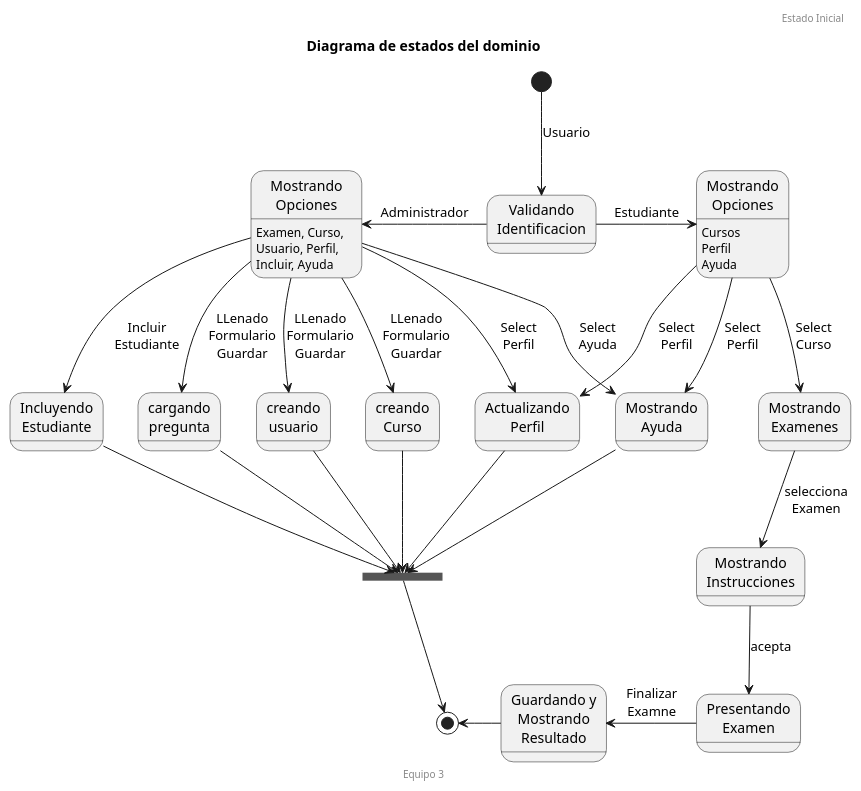
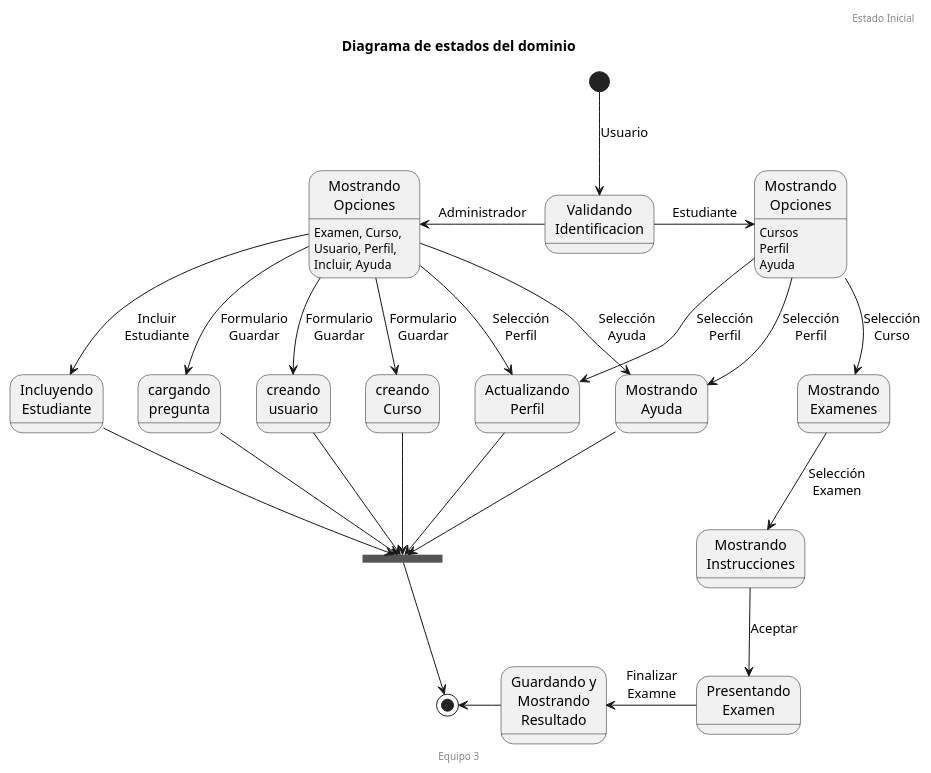
Before and after one commit to febres35/EdTech_IS: the diagram in docs/scenariosView/diagramaEstados.plantuml, drawn with PlantUML.

Commit message:
cambios en los nombre de las transacciones de estado

```diff
--- a/docs/scenariosView/diagramaEstados.plantuml
+++ b/docs/scenariosView/diagramaEstados.plantuml
@@ -1,53 +1,53 @@
 @startuml Diagrama de Estado
 
 
 header Estado Inicial
 footer Equipo 3
 title "Diagrama de estados del dominio"
 
 
 
 
 state "Validando\nIdentificacion" as vi
 state "Mostrando\nOpciones" as ad
 state  "creando\nCurso" as gc
 state  "cargando\npregunta" as cp
 state  "creando\nusuario" as cu
 
 state "Mostrando\nOpciones" as es
 state "Mostrando\nExamenes" as me
 state "Mostrando\nInstrucciones" as mi
 state "Presentando\nExamen" as ee
 state "Guardando y\nMostrando\nResultado" as gr
 state "Actualizando\nPerfil" as ap
 state "Mostrando\nAyuda" as ma
 state "Incluyendo\nEstudiante" as ie
 state finAd <<join>>
 ad : Examen, Curso, \nUsuario, Perfil, \nIncluir, Ayuda
 [*] --> vi: Usuario
 vi -left-> ad: Administrador
 ad --> ie: Incluir\nEstudiante
-ad --> gc: LLenado\nFormulario\nGuardar
-ad --> cp: LLenado\nFormulario\nGuardar
-ad --> cu: LLenado\nFormulario\nGuardar
-ad --> ap: Select\nPerfil
-ad --> ma: Select\nAyuda
+ad --> gc: Formulario\nGuardar
+ad --> cp: Formulario\nGuardar
+ad --> cu: Formulario\nGuardar
+ad --> ap: Selección\nPerfil
+ad --> ma: Selección\nAyuda
 ie --> finAd
 gc --> finAd 
 cp --> finAd 
 cu --> finAd
 ap --> finAd 
 ma --> finAd
 finAd --> [*]
  
 es: Cursos\nPerfil\nAyuda
 vi -right-> es: Estudiante
-es -->me: Select\nCurso
-es --> ap: Select\nPerfil
-es--> ma: Select\nPerfil
-me --> mi: selecciona\nExamen 
-mi --> ee: acepta
+es -->me: Selección\nCurso
+es --> ap: Selección\nPerfil
+es--> ma: Selección\nPerfil
+me --> mi: Selección\nExamen 
+mi --> ee: Aceptar
 ee -left-> gr: Finalizar\nExamne
 gr -left-> [*]
 
 @enduml
```
